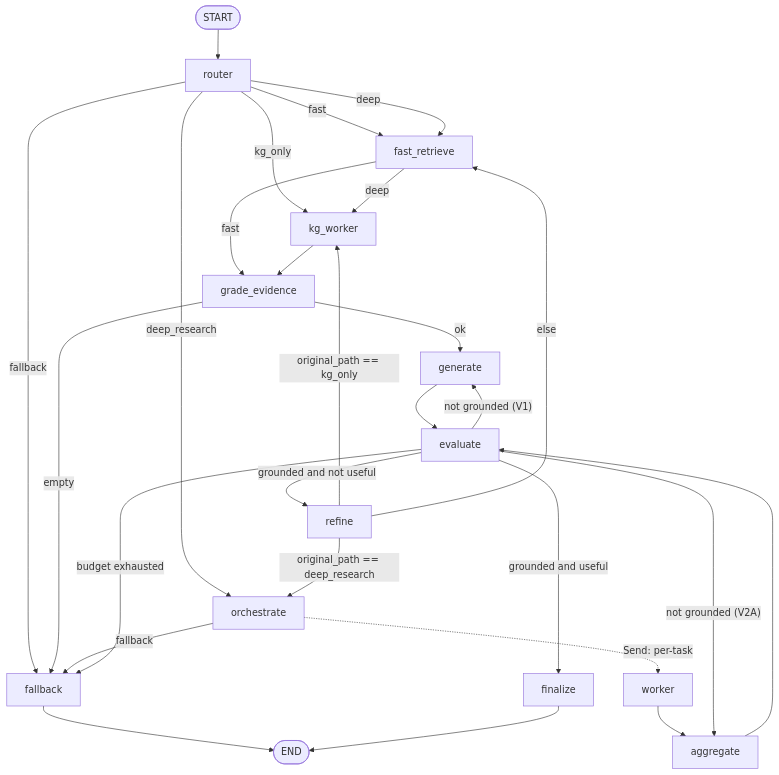
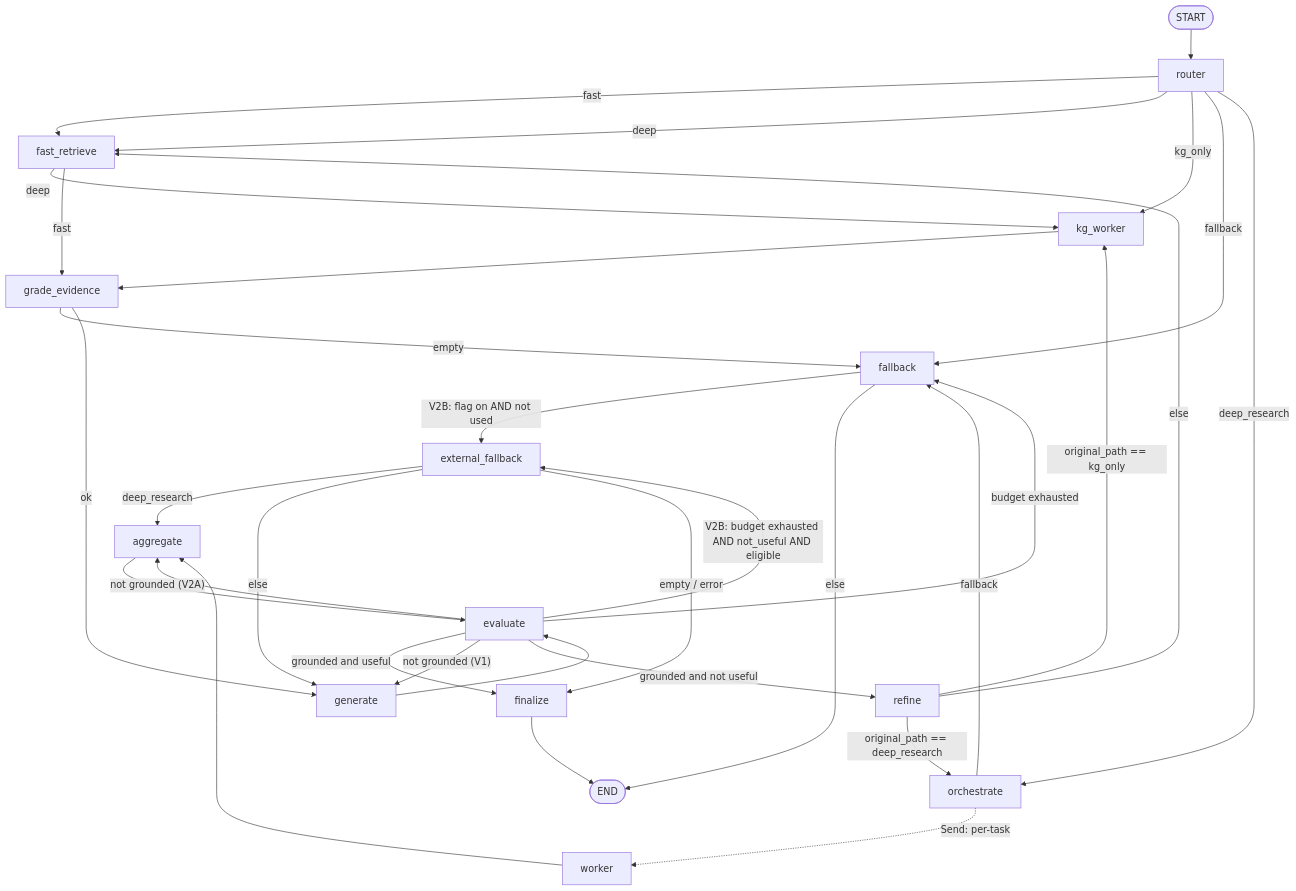
Before and after one commit to adi2355/multi-source-rag-pipeline: the first of 2 diagrams in docs/agent_v2_architecture.md, drawn with Mermaid. The commit also changed other lines of this file and 13 other files, not shown here.

First line of the commit message:
feat(agent): add V2B opt-in external retrieval fallback (Tavily, one-pass, provenance-tagged)

````diff
--- a/docs/agent_v2_architecture.md
+++ b/docs/agent_v2_architecture.md
@@ -44,34 +53,41 @@
 ```mermaid
 flowchart TD
     Start([START]) --> router
     router -->|fast| fast_retrieve
     router -->|deep| fast_retrieve
     router -->|kg_only| kg_worker
     router -->|fallback| fallback
     router -->|deep_research| orchestrate
 
     fast_retrieve -->|deep| kg_worker
     fast_retrieve -->|fast| grade_evidence
     kg_worker --> grade_evidence
     grade_evidence -->|empty| fallback
     grade_evidence -->|ok| generate
 
     orchestrate -.->|"Send: per-task"| worker
     orchestrate -->|fallback| fallback
     worker --> aggregate
     aggregate --> evaluate
 
     generate --> evaluate
     evaluate -->|grounded and useful| finalize
     evaluate -->|"not grounded (V1)"| generate
     evaluate -->|"not grounded (V2A)"| aggregate
     evaluate -->|"grounded and not useful"| refine
     evaluate -->|budget exhausted| fallback
 
     refine -->|"original_path == deep_research"| orchestrate
     refine -->|"original_path == kg_only"| kg_worker
     refine -->|else| fast_retrieve
 
-    fallback --> Endn([END])
+    %% V2B: dual-trigger external fallback (opt-in)
+    fallback -->|"V2B: flag on AND not used"| external_fallback
+    fallback -->|"else"| Endn([END])
+    evaluate -->|"V2B: budget exhausted AND not_useful AND eligible"| external_fallback
+    external_fallback -->|"deep_research"| aggregate
+    external_fallback -->|"else"| generate
+    external_fallback -->|"empty / error"| finalize
+
     finalize --> Endn
 ```
````
